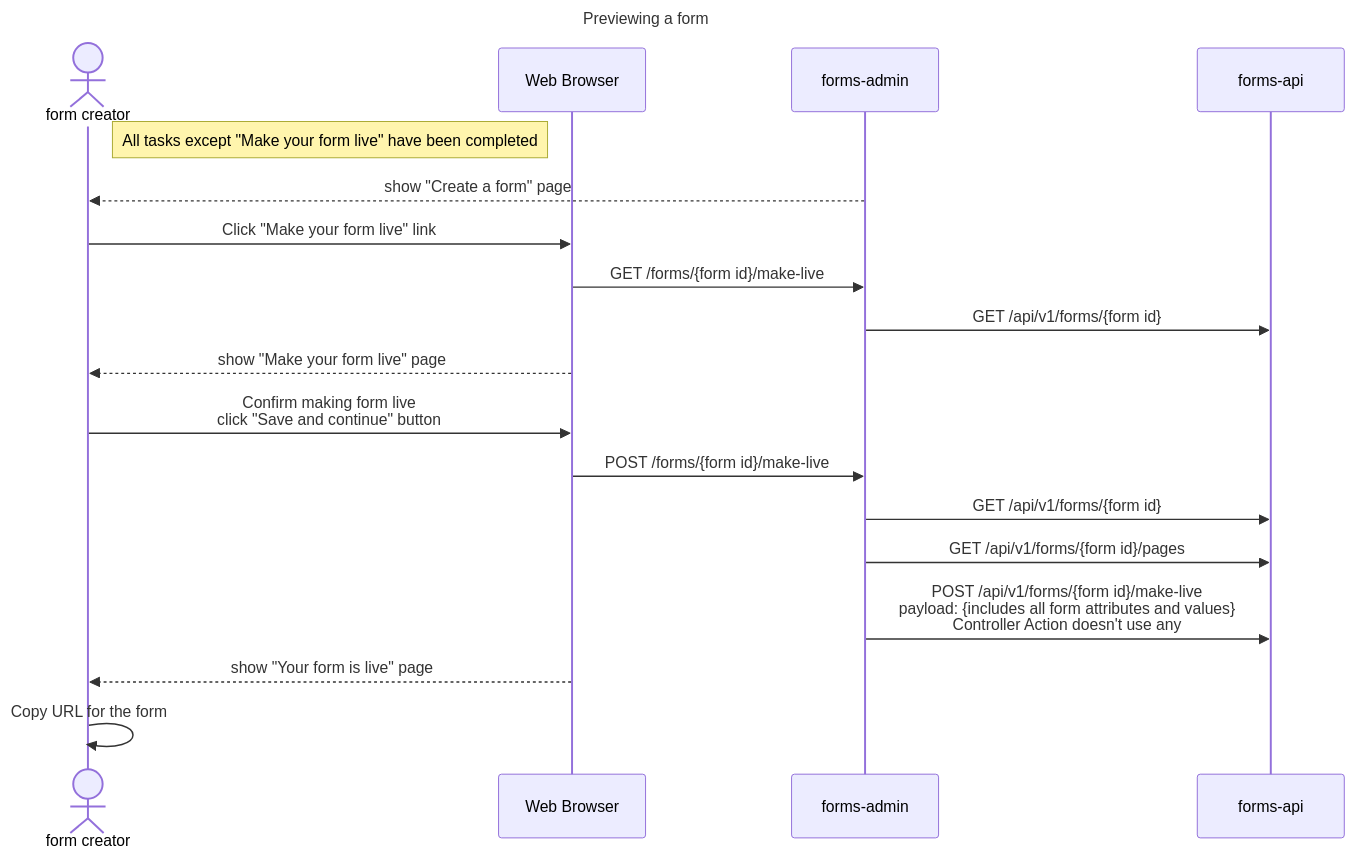
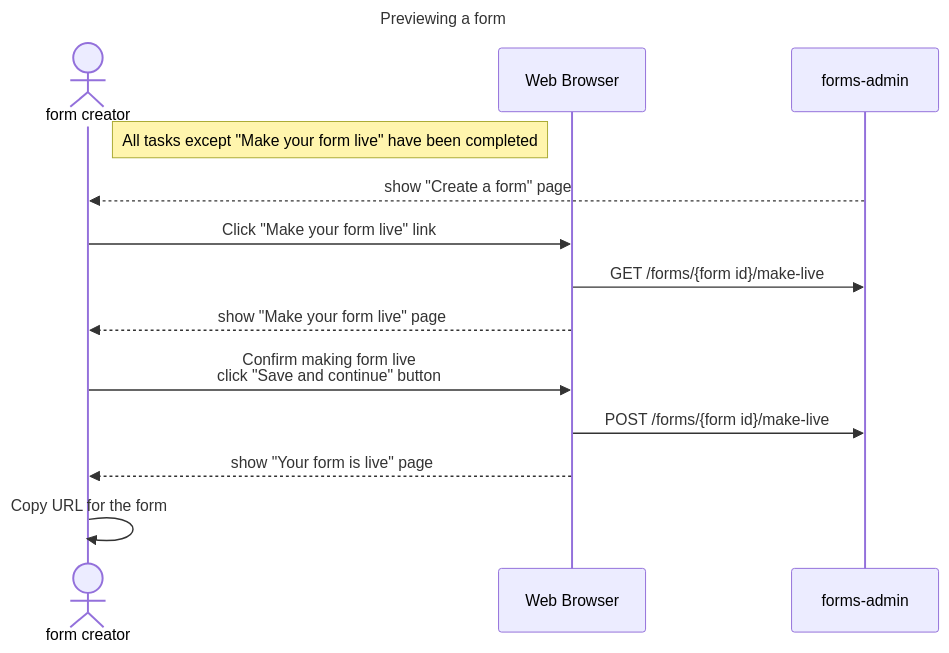
The first of 2 diagrams in diagrams/sequence-diagrams/publishing-a-form.md (alphagov/forms), drawn with Mermaid before and after one commit. The commit also changed 3 other files, not shown here.

First line of the commit message:
Remove forms-api from sequence diagrams

````diff
--- a/diagrams/sequence-diagrams/publishing-a-form.md
+++ b/diagrams/sequence-diagrams/publishing-a-form.md
@@ -3,27 +3,21 @@
 ```mermaid 
 sequenceDiagram
   title Previewing a form
   actor user as form creator
   participant browser as Web Browser
   participant admin as forms-admin
   link admin: GitHub repo @ https://github.com/alphagov/forms-admin   
-  participant api as forms-api
-  link api: GitHub repo @ https://github.com/alphagov/forms-api  
 
   note right of user: All tasks except "Make your form live" have been completed
 
   admin-->>user: show "Create a form" page
   user->>browser: Click "Make your form live" link
   browser->>admin: GET /forms/{form id}/make-live
-  admin->>api: GET /api/v1/forms/{form id}
   browser-->>user: show "Make your form live" page
 
   user->>browser: Confirm making form live<br />click "Save and continue" button
   browser->>admin: POST /forms/{form id}/make-live
-  admin->>api: GET /api/v1/forms/{form id}
-  admin->>api: GET /api/v1/forms/{form id}/pages
-  admin->>api: POST /api/v1/forms/{form id}/make-live<br>payload: {includes all form attributes and values}<br>Controller Action doesn't use any
   browser-->>user: show "Your form is live" page
   user->>user: Copy URL for the form
 
 ```
````
